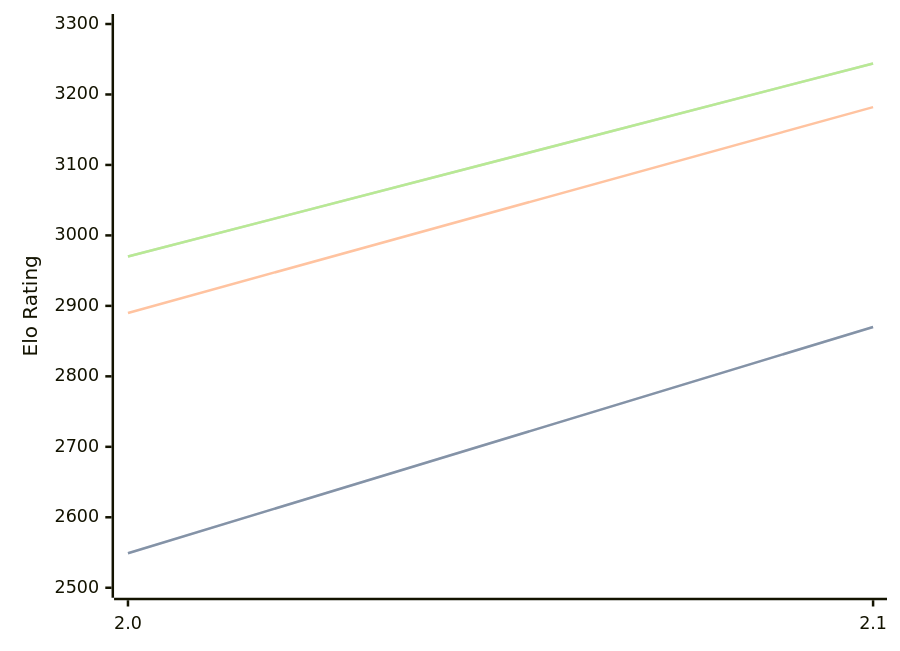
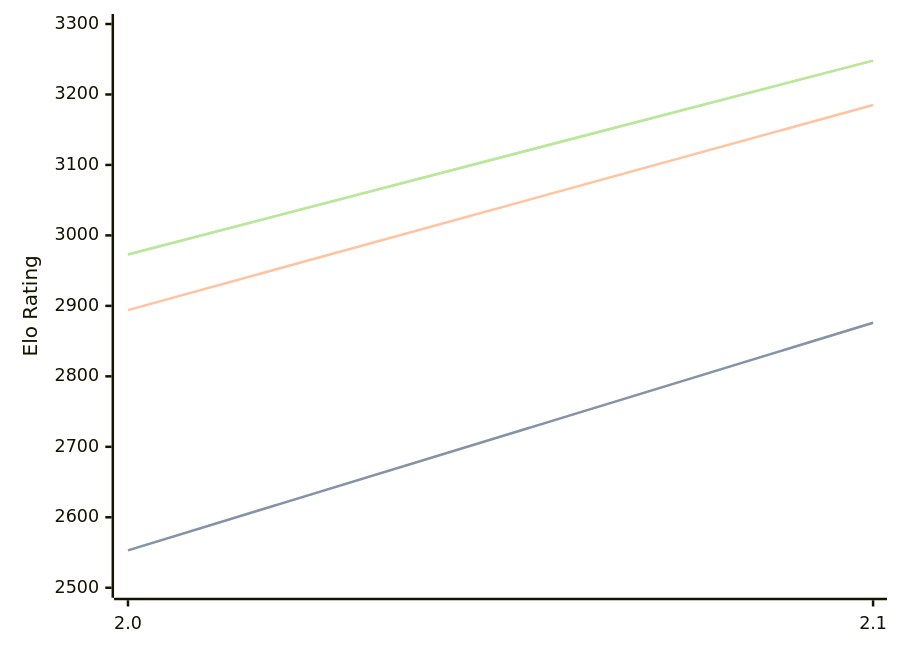
One commit to computer-chess-index/cci changed the diagram in engines/Tunguska.md. Above: the diagram before and after it, drawn with Mermaid. The commit also changed other lines of this file, not shown here.

Commit message:
Update CCI Ratings (ELO VLTC) - 2026-05-02

````diff
--- a/engines/Tunguska.md
+++ b/engines/Tunguska.md
@@ -32,11 +32,11 @@
 ```mermaid
 %%{init: {"theme":"base","themeVariables":{"seriesColors:['#a3a3a3','#222221','#faa371']}}}%%
 xychart-beta
   x-axis ["2.0", "2.1"]
   y-axis "Elo Rating" 2500 --> 3300
-  line "STC (8.0+0.08s)" [2549, 2870]
-  line "STC (8.0+0.08s)" [2549, 2870]
-  line "LTC (60.0+0.60s)" [2890, 3182]
-  line "VLTC (2m24s+1.12s)" [2970, 3244]
-  line "VLTC (2m24s+1.12s)" [2970, 3244]
+  line "STC (8.0+0.08s)" [2553, 2876]
+  line "STC (8.0+0.08s)" [2553, 2876]
+  line "LTC (60.0+0.60s)" [2894, 3185]
+  line "VLTC (2m24s+1.12s)" [2973, 3248]
+  line "VLTC (2m24s+1.12s)" [2973, 3248]
 ```
````
